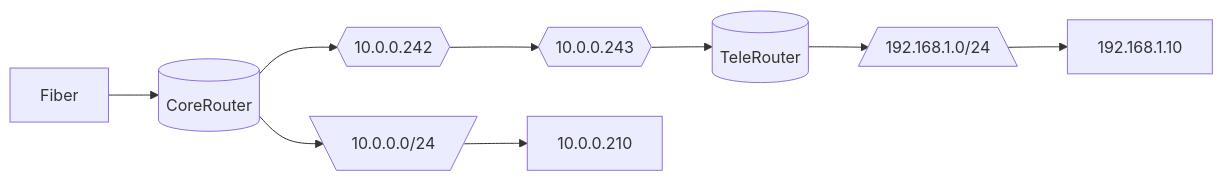
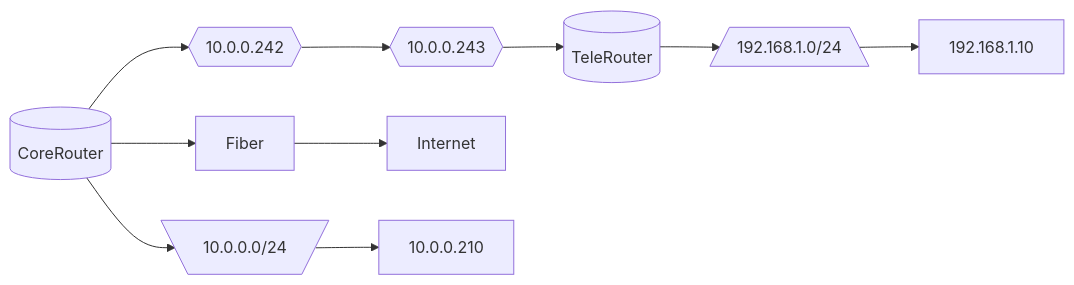
The second of 2 diagrams in Topology.md (notkasim/DOCS), drawn with Mermaid before and after one commit.

````diff
--- a/Topology.md
+++ b/Topology.md
@@ -19,22 +19,23 @@
 ```mermaid
 graph LR;
     core[(CoreRouter)]
     tele2[(TeleRouter)]
     core_link{{10.0.0.242}}
     tele2_link{{10.0.0.243}}
     core_net[\10.0.0.0/24/]
     tele2_net[/192.168.1.0/24\]
 
-    Fiber-->core;
+    core-->Fiber;
+    Fiber-->Internet
     core-->core_net-->10.0.0.210;
     core-->core_link;
     core_link-->tele2_link;
     tele2_link-->tele2;
     tele2-->tele2_net-->192.168.1.10;
 
 
 
 
 
 
 ```
````
